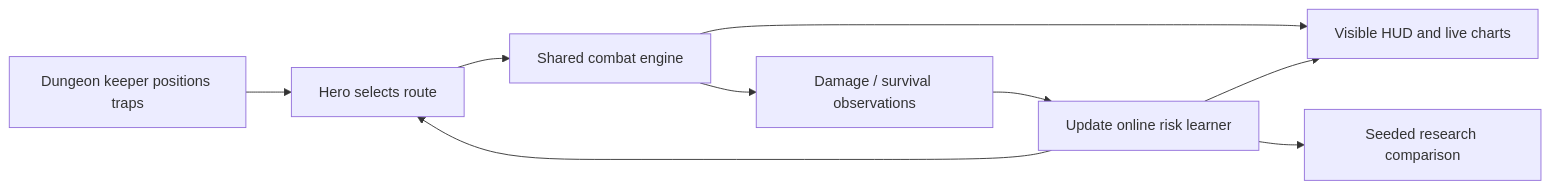
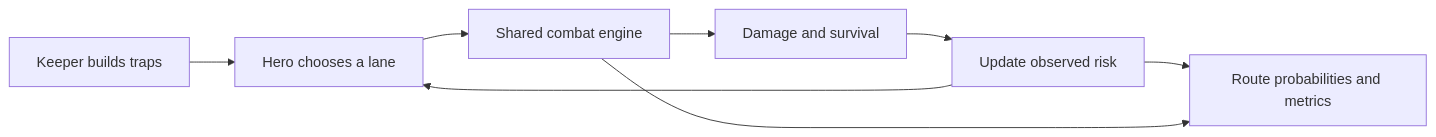
Before and after one commit to Ikteder/TrapScholar: the first of 2 diagrams in README.md, drawn with Mermaid. The commit also changed other lines of this file and 13 other files, not shown here.

Commit message:
feat: TrapScholar v2.1 polish README, live metrics and risk overlay

````diff
--- a/README.md
+++ b/README.md
@@ -85,11 +103,10 @@
 ```mermaid
 flowchart LR
-    A[Dungeon keeper positions traps] --> B[Hero selects route]
-    B --> C[Shared combat engine]
-    C --> D[Damage / survival observations]
-    D --> E[Update online risk learner]
-    E --> B
-    C --> F[Visible HUD and live charts]
-    E --> F
-    E --> G[Seeded research comparison]
+    BUILD["Keeper builds traps"] --> CHOOSE["Hero chooses a lane"]
+    CHOOSE --> COMBAT["Shared combat engine"]
+    COMBAT --> OBS["Damage and survival"]
+    OBS --> UPDATE["Update observed risk"]
+    UPDATE --> CHOOSE
+    UPDATE --> HUD["Route probabilities and metrics"]
+    COMBAT --> HUD
 ```
````
